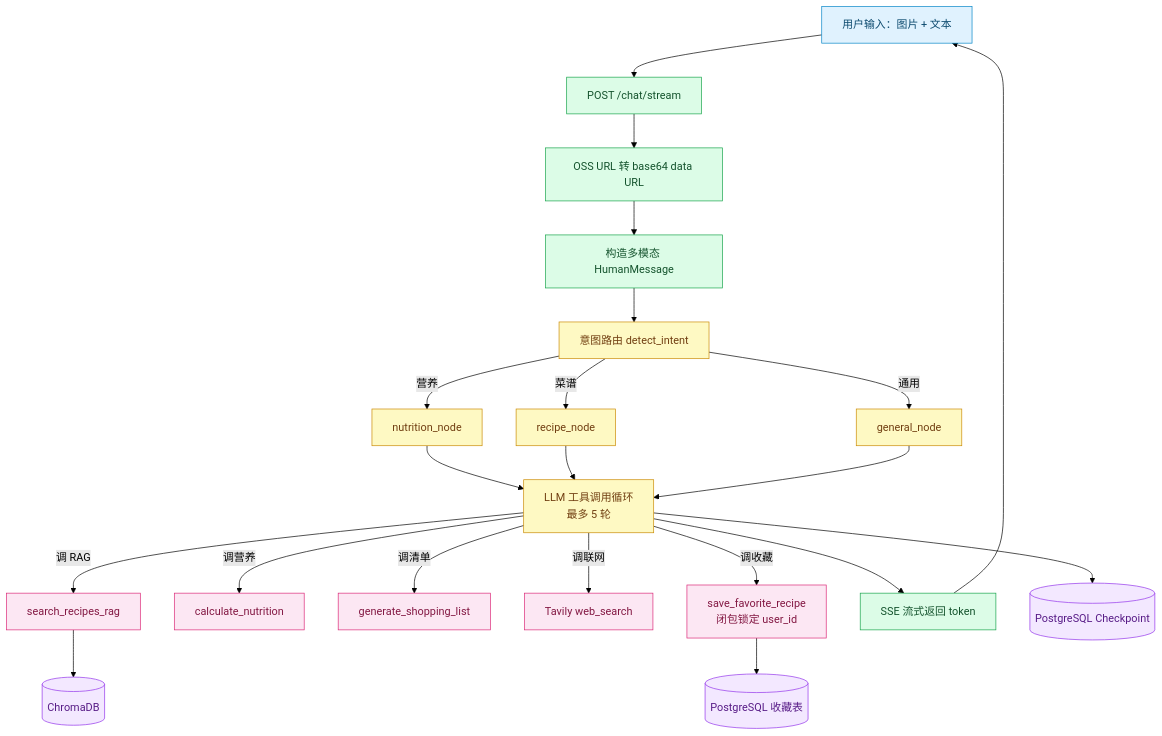
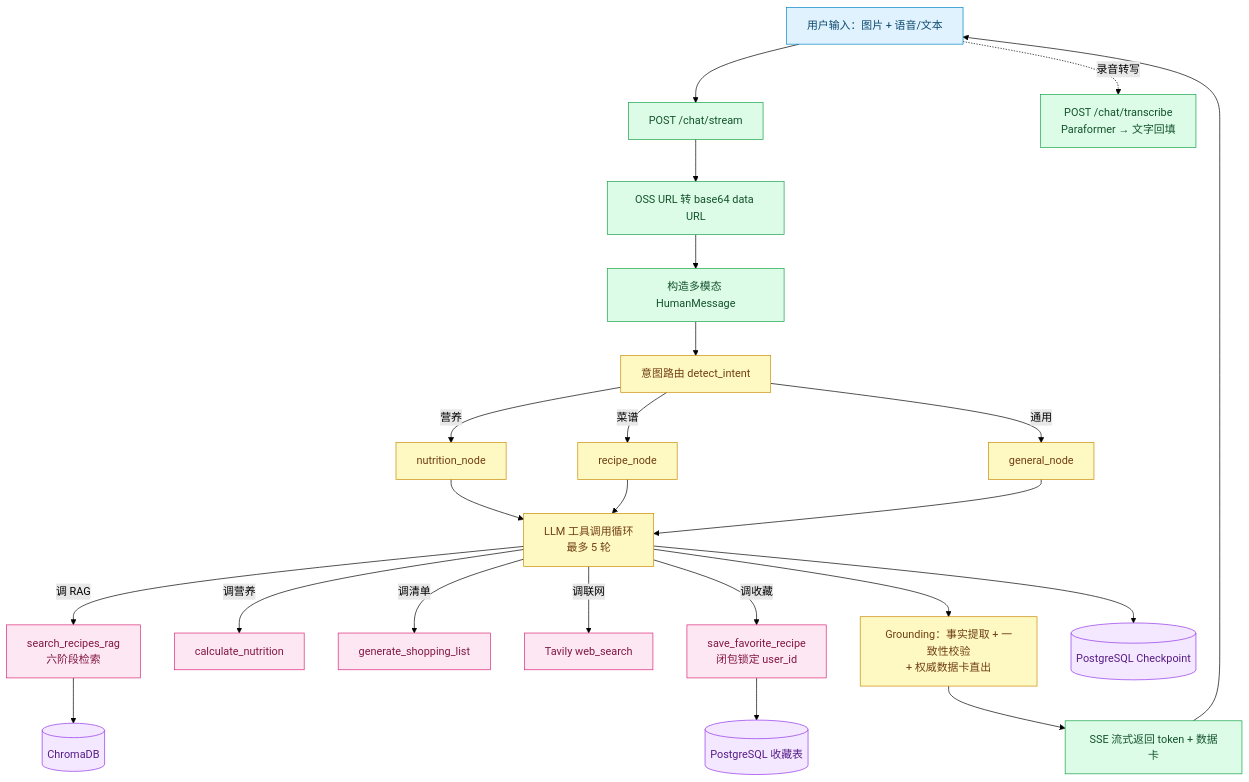
The third of 3 diagrams in README.md (Wangdake00/zhishan-ai-cooking-agent), drawn with Mermaid (forest theme) before and after one commit. The commit also changed other lines of this file, not shown here.

First line of the commit message:
docs: 更新 README 至六阶段 RAG/接地防幻觉/语音/评测现状

````diff
--- a/README.md
+++ b/README.md
@@ -423,27 +525,29 @@
 ```mermaid
 flowchart TD
     classDef user fill:#e0f2fe,stroke:#0284c7,color:#0c4a6e
     classDef api fill:#dcfce7,stroke:#16a34a,color:#14532d
     classDef agent fill:#fef9c3,stroke:#ca8a04,color:#713f12
     classDef tool fill:#fce7f3,stroke:#db2777,color:#831843
     classDef store fill:#f3e8ff,stroke:#9333ea,color:#581c87
 
-    U[用户输入：图片 + 文本]:::user --> API[POST /chat/stream]:::api
+    U[用户输入：图片 + 语音/文本]:::user --> API[POST /chat/stream]:::api
+    U -.->|录音转写| STT[POST /chat/transcribe<br/>Paraformer → 文字回填]:::api
     API --> IMG[OSS URL 转 base64 data URL]:::api
     IMG --> MSG[构造多模态 HumanMessage]:::api
     MSG --> ROUTE[意图路由 detect_intent]:::agent
     ROUTE -->|营养| N[nutrition_node]:::agent
     ROUTE -->|菜谱| R[recipe_node]:::agent
     ROUTE -->|通用| G[general_node]:::agent
     N & R & G --> LOOP[LLM 工具调用循环<br/>最多 5 轮]:::agent
-    LOOP -->|调 RAG| RAG[search_recipes_rag]:::tool
+    LOOP -->|调 RAG| RAG[search_recipes_rag<br/>六阶段检索]:::tool
     LOOP -->|调营养| CAL[calculate_nutrition]:::tool
     LOOP -->|调清单| LIST[generate_shopping_list]:::tool
     LOOP -->|调联网| WEB[Tavily web_search]:::tool
     LOOP -->|调收藏| FAV[save_favorite_recipe<br/>闭包锁定 user_id]:::tool
     RAG --> CHROMA[(ChromaDB)]:::store
     FAV --> SQL[(PostgreSQL 收藏表)]:::store
-    LOOP --> SSE[SSE 流式返回 token]:::api
+    LOOP --> GD[Grounding：事实提取 + 一致性校验<br/>+ 权威数据卡直出]:::agent
+    GD --> SSE[SSE 流式返回 token + 数据卡]:::api
     SSE --> U
     LOOP --> CP[(PostgreSQL Checkpoint)]:::store
 ```
````
